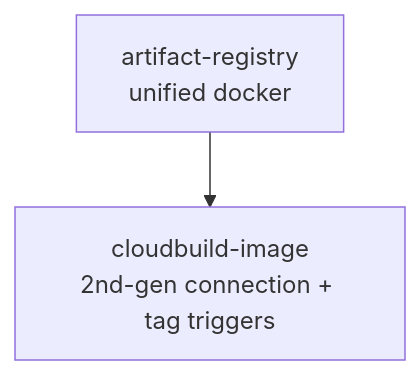
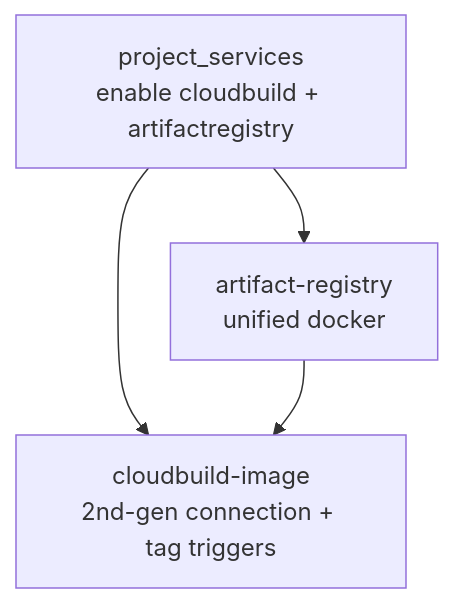
The second of 2 diagrams in README.md (pilprod/yourown-chat), drawn with Mermaid before and after one commit. The commit also changed other lines of this file and 13 other files, not shown here.

````diff
--- a/README.md
+++ b/README.md
@@ -124,4 +122,6 @@
 ```mermaid
 graph TD
-  AR[artifact-registry<br/>unified docker] --> IMG[cloudbuild-image<br/>2nd-gen connection + tag triggers]
+  PS[project_services<br/>enable cloudbuild + artifactregistry] --> AR[artifact-registry<br/>unified docker]
+  PS --> IMG[cloudbuild-image<br/>2nd-gen connection + tag triggers]
+  AR --> IMG
 ```
````
